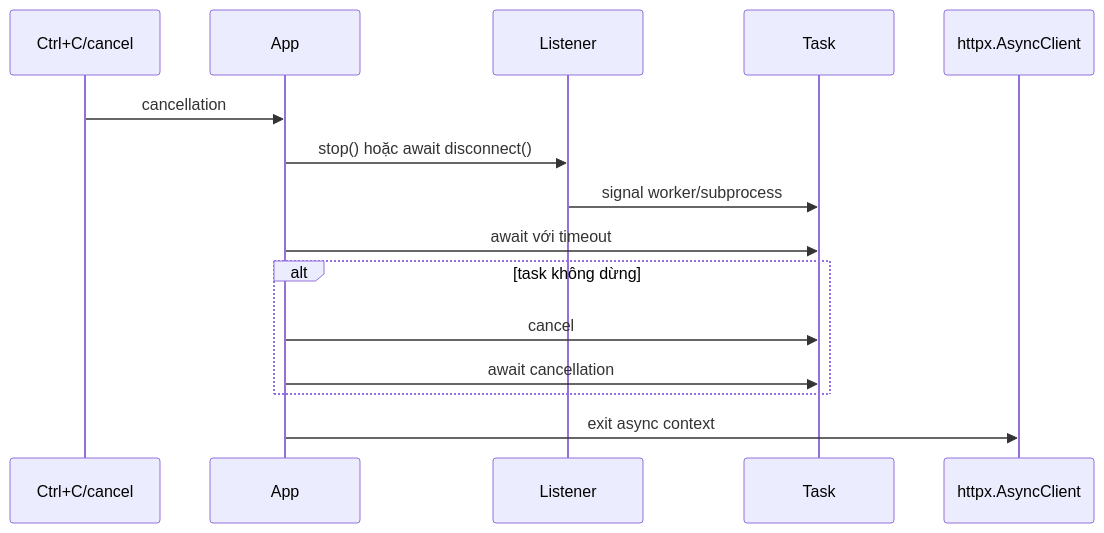
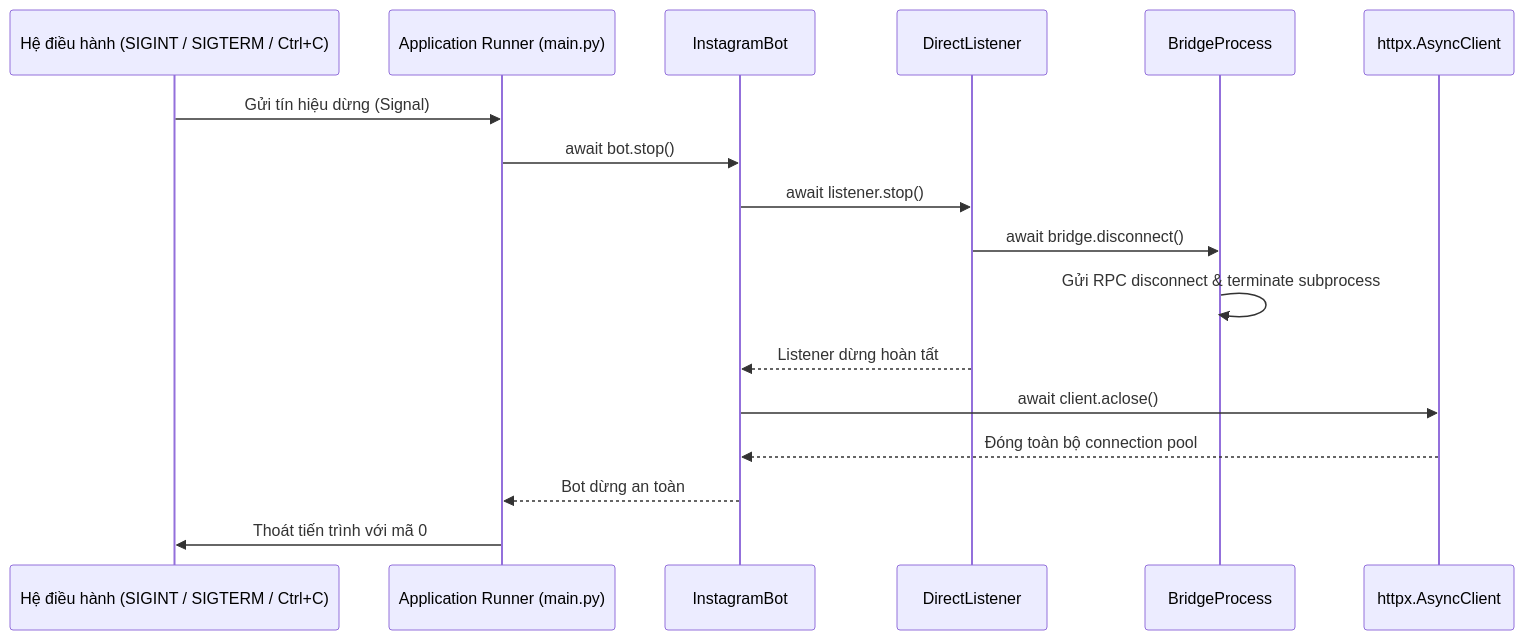
The eighth of 8 diagrams in FLOWCHART.md (0xshijn/igchat-v2), drawn with Mermaid before and after one commit. The commit also changed other lines of this file and 246 other files, not shown here.

First line of the commit message:
feat: rebuild genuine Instagram Direct & Polaris GraphQL v3.0.0 architecture

````diff
--- a/FLOWCHART.md
+++ b/FLOWCHART.md
@@ -277,18 +189,20 @@
 ```mermaid
 sequenceDiagram
-    participant Signal as Ctrl+C/cancel
-    participant App
-    participant Listener
-    participant Task
+    participant OS as Hệ điều hành (SIGINT / SIGTERM / Ctrl+C)
+    participant App as Application Runner (main.py)
+    participant Bot as InstagramBot
+    participant Listener as DirectListener
+    participant Bridge as BridgeProcess
     participant Client as httpx.AsyncClient
 
-    Signal->>App: cancellation
-    App->>Listener: stop() hoặc await disconnect()
-    Listener->>Task: signal worker/subprocess
-    App->>Task: await với timeout
-    alt task không dừng
-        App->>Task: cancel
-        App->>Task: await cancellation
-    end
-    App->>Client: exit async context
+    OS->>App: Gửi tín hiệu dừng (Signal)
+    App->>Bot: await bot.stop()
+    Bot->>Listener: await listener.stop()
+    Listener->>Bridge: await bridge.disconnect()
+    Bridge->>Bridge: Gửi RPC disconnect & terminate subprocess
+    Listener-->>Bot: Listener dừng hoàn tất
+    Bot->>Client: await client.aclose()
+    Client-->>Bot: Đóng toàn bộ connection pool
+    Bot-->>App: Bot dừng an toàn
+    App->>OS: Thoát tiến trình với mã 0
 ```
````
